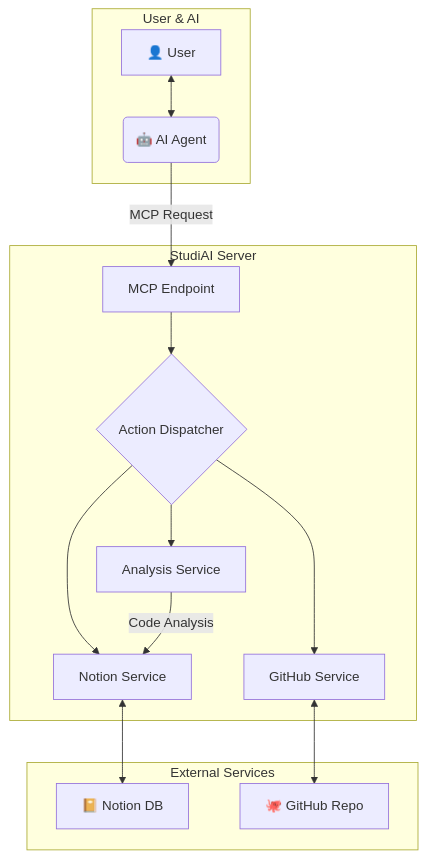
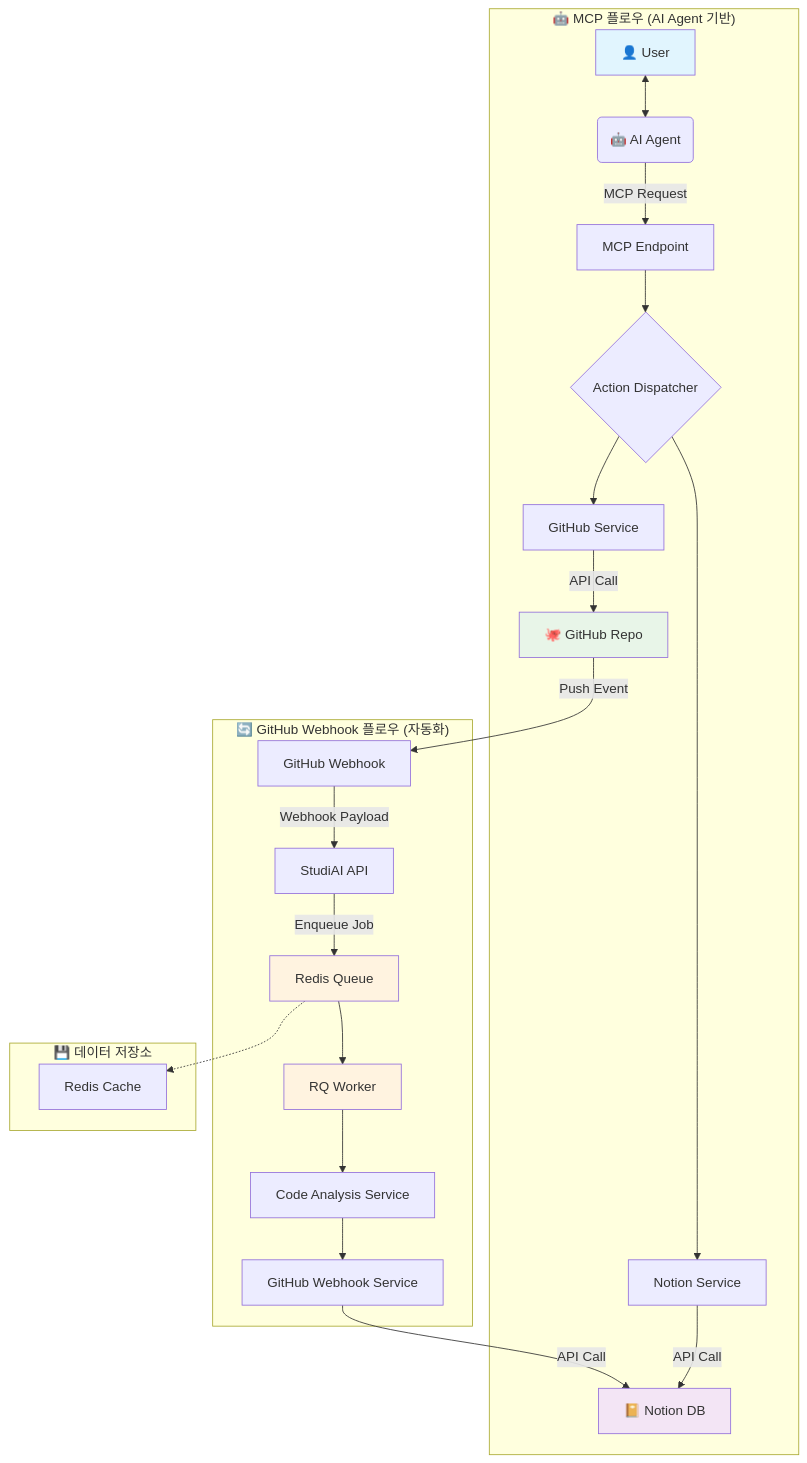
One commit to junyeobee/StudiAI changed the diagram in README.md. Above: the diagram before and after it, drawn with Mermaid. The commit also changed other lines of this file, not shown here.

````diff
--- a/README.md
+++ b/README.md
@@ -38,23 +38,35 @@
 ```mermaid
 graph TD
-    subgraph User & AI
-        A[👤 User] <--> B(🤖 AI Agent);
+    subgraph "🤖 MCP 플로우 (AI Agent 기반)"
+        A[👤 User] <--> B(🤖 AI Agent)
+        B -- "MCP Request" --> C[MCP Endpoint]
+        C --> D{Action Dispatcher}
+        D --> E[Notion Service]
+        D --> F[GitHub Service]
+        E -- "API Call" --> H[📔 Notion DB]
+        F -- "API Call" --> I[🐙 GitHub Repo]
     end
 
-    subgraph StudiAI Server
-        C[MCP Endpoint] --> D{Action Dispatcher};
-        D --> E[Notion Service];
-        D --> F[GitHub Service];
-        D --> G[Analysis Service];
+    subgraph "🔄 GitHub Webhook 플로우 (자동화)"
+        I -- "Push Event" --> J[GitHub Webhook]
+        J -- "Webhook Payload" --> K[StudiAI API]
+        K -- "Enqueue Job" --> L[Redis Queue]
+        L --> M[RQ Worker]
+        M --> N[Code Analysis Service]
+        N --> O[GitHub Webhook Service]
+        O -- "API Call" --> H
     end
 
-    subgraph External Services
-        H[📔 Notion DB];
-        I[🐙 GitHub Repo];
+    subgraph "💾 데이터 저장소"
+        H[📔 Notion DB]
+        I[🐙 GitHub Repo]
+        P[Redis Cache]
     end
 
-    B -- MCP Request --> C;
-    E <--> H;
-    F <--> I;
-    G -- Code Analysis --> E;
+    L -.-> P
+    style A fill:#e1f5fe
+    style H fill:#f3e5f5
+    style I fill:#e8f5e8
+    style L fill:#fff3e0
+         style M fill:#fff3e0
 ```
````
